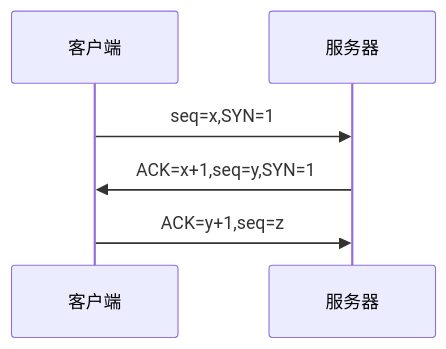
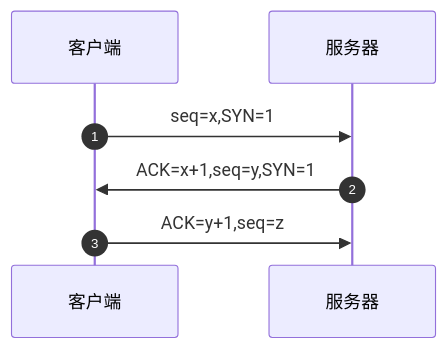
The second of 4 diagrams in docs/java/net.md (follow1123/docs), drawn with Mermaid before and after one commit. The commit also changed other lines of this file, not shown here.

````diff
--- a/docs/java/net.md
+++ b/docs/java/net.md
@@ -171,8 +147,9 @@
 ```mermaid
 sequenceDiagram
+    autonumber
     participant c as 客户端
     participant s as 服务器
     c ->> s: seq=x,SYN=1
     s ->> c: ACK=x+1,seq=y,SYN=1
     c ->> s: ACK=y+1,seq=z
 ```
````
